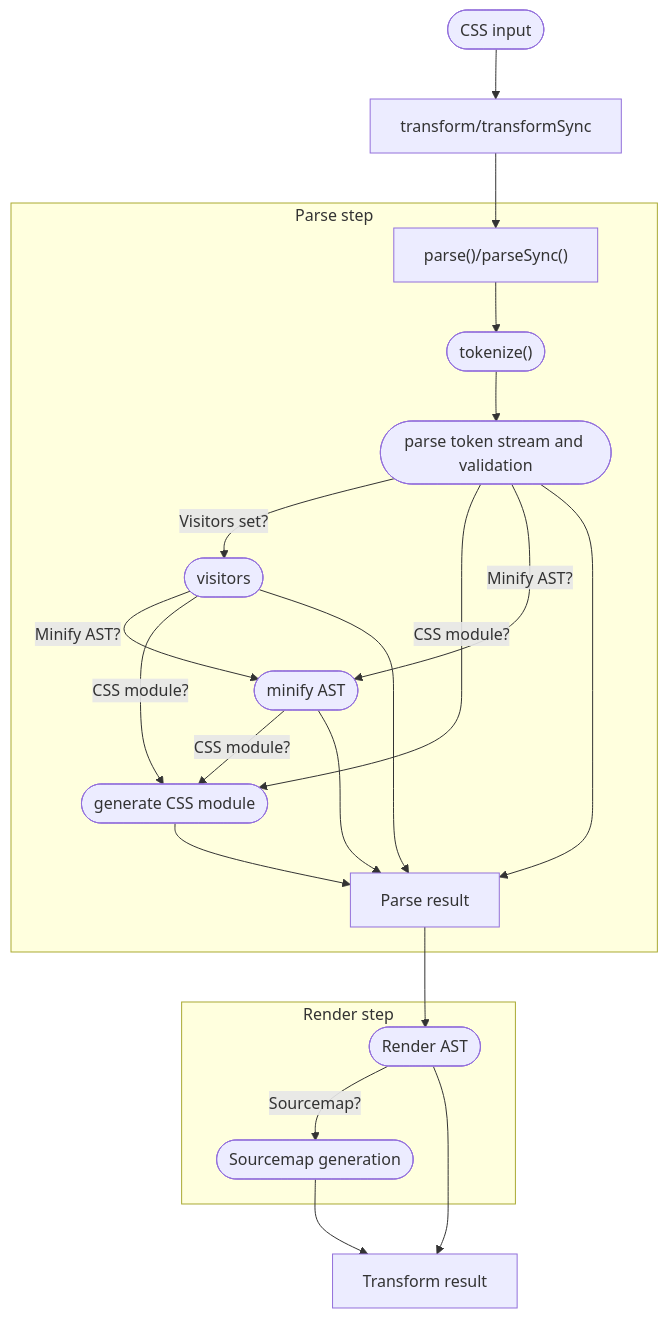
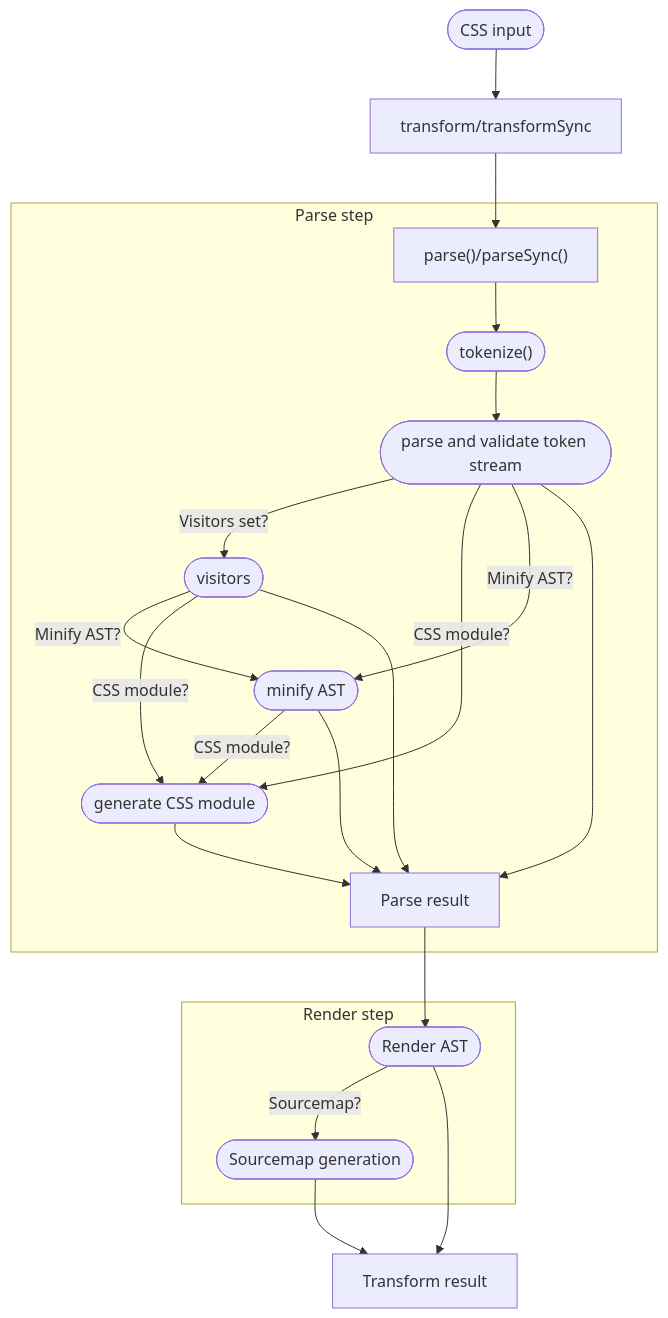
The diagram in README.md (tbela99/css-parser), drawn with Mermaid before and after one commit. The commit also changed 1 other file, not shown here.

Commit message:
adding architecture graph

````diff
--- a/README.md
+++ b/README.md
@@ -244,54 +244,54 @@
 ```mermaid
 flowchart TD
     %% --- Transform ---
     Input([CSS input])
     transform[transform/transformSync]
 
 
     %% The Grouped Container
     subgraph Group1 ["Parse step"]
 
         %% --- Parse step ---
         parse["parse()/parseSync()"]
         tokenize(["tokenize()"])
-        parseNode([parse token stream and validation])
+        parseNode([parse and validate token stream])
         visitors([visitors])
         minify([minify AST])
         cssModules([generate CSS module])
         parseResult[Parse result]
     end
 
     %% The Grouped Container
     subgraph Group2 ["Render step"]
 
         %% --- Render step ---
         renderAst([Render AST])
         sourcemap([Sourcemap generation])
 
     end
 
 
     %% --- Result step ---
     transformResult[Transform result]
 
     %% --- Routing step ---
     Input --> transform
     transform --> parse
     parse --> tokenize
     tokenize --> parseNode
     parseNode -- "Visitors set?"  --> visitors
     visitors -- "Minify AST?"  --> minify
     minify -- "CSS module?"  --> cssModules
     visitors -- "CSS module?"  --> cssModules
     cssModules --> parseResult
     parseNode -- "CSS module?" --> cssModules
     parseNode -- "Minify AST?"  --> minify
     parseNode --> parseResult
     visitors --> parseResult
     minify --> parseResult
     parseResult --> renderAst
     renderAst -- "Sourcemap?" --> sourcemap
     renderAst --> transformResult
     sourcemap --> transformResult
 
 ```
````
